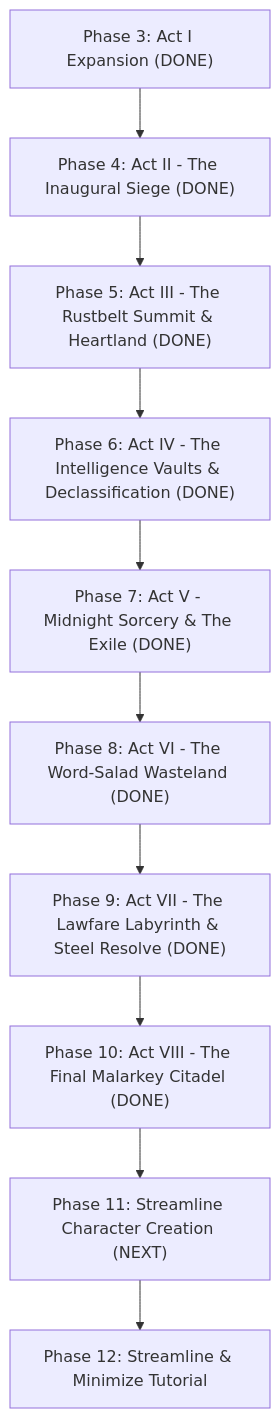
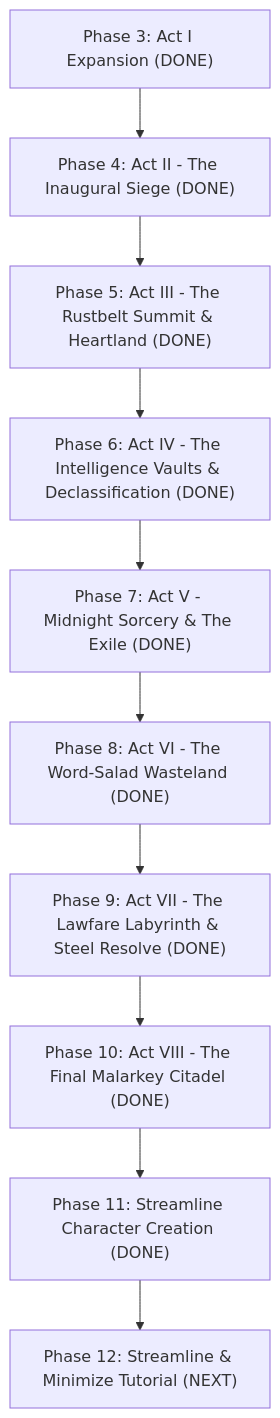
Before and after one commit to Todd0042/commander-america-rpg: the diagram in PROJECT_HANDOFF_PLAN.md, drawn with Mermaid. The commit also changed other lines of this file and 3 other files, not shown here.

Commit message:
Complete Phase 11: Streamline Character Creation to Commander-in-Chief Arsenal

````diff
--- a/PROJECT_HANDOFF_PLAN.md
+++ b/PROJECT_HANDOFF_PLAN.md
@@ -183,12 +192,12 @@
 ```mermaid
 flowchart TD
     P3["Phase 3: Act I Expansion (DONE)"] --> P4["Phase 4: Act II - The Inaugural Siege (DONE)"]
     P4 --> P5["Phase 5: Act III - The Rustbelt Summit & Heartland (DONE)"]
     P5 --> P6["Phase 6: Act IV - The Intelligence Vaults & Declassification (DONE)"]
     P6 --> P7["Phase 7: Act V - Midnight Sorcery & The Exile (DONE)"]
     P7 --> P8["Phase 8: Act VI - The Word-Salad Wasteland (DONE)"]
     P8 --> P9["Phase 9: Act VII - The Lawfare Labyrinth & Steel Resolve (DONE)"]
     P9 --> P10["Phase 10: Act VIII - The Final Malarkey Citadel (DONE)"]
-    P10 --> P11["Phase 11: Streamline Character Creation (NEXT)"]
-    P11 --> P12["Phase 12: Streamline & Minimize Tutorial"]
+    P10 --> P11["Phase 11: Streamline Character Creation (DONE)"]
+    P11 --> P12["Phase 12: Streamline & Minimize Tutorial (NEXT)"]
 ```
````
